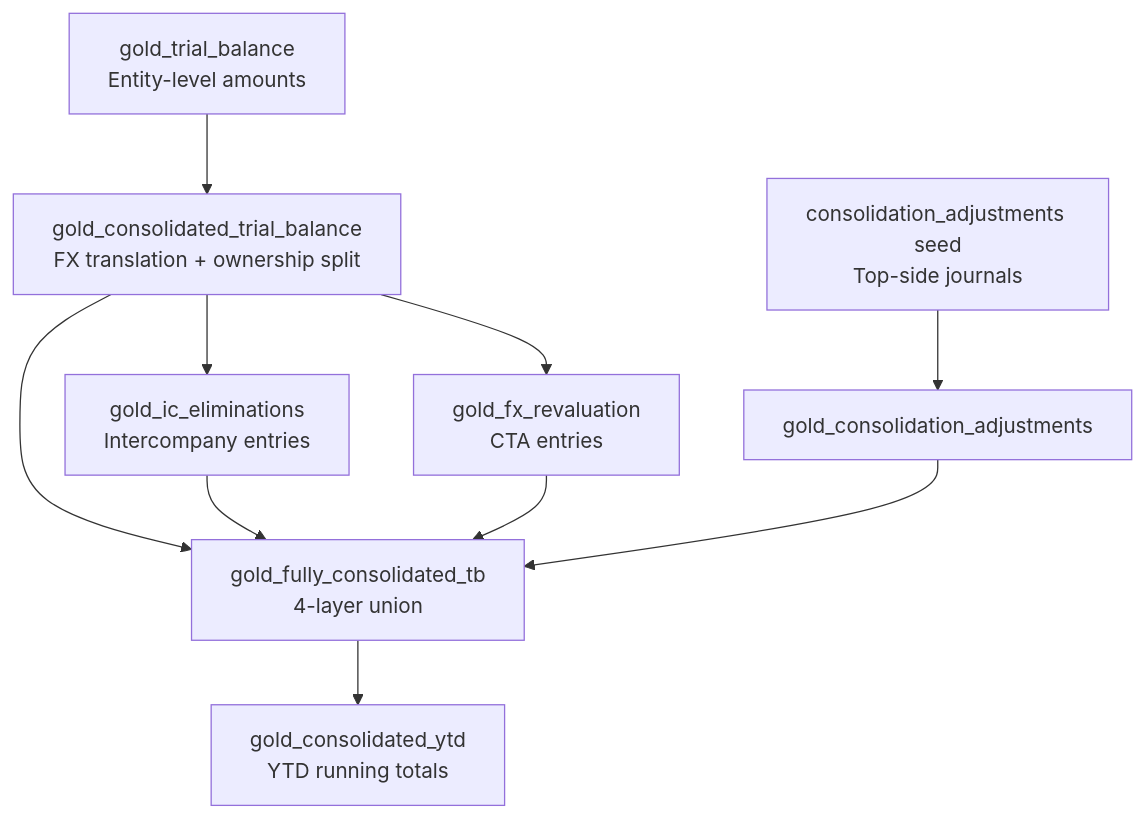
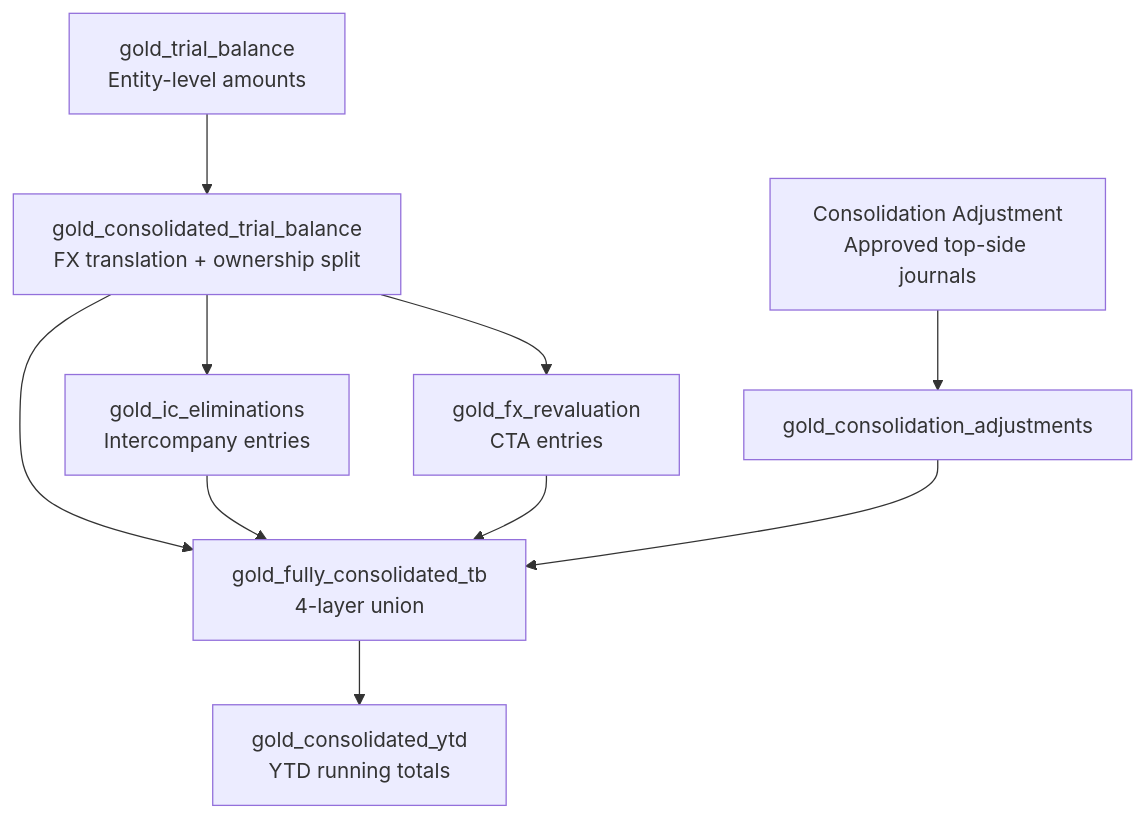
Before and after one commit to grynn-in/konsolidat: the first of 2 diagrams in docs/user-guide/consolidation-guide.md, drawn with Mermaid. The commit also changed other lines of this file and 46 other files, not shown here.

````diff
--- a/docs/user-guide/consolidation-guide.md
+++ b/docs/user-guide/consolidation-guide.md
@@ -7,12 +7,12 @@
 ```mermaid
 graph TD
     TB[gold_trial_balance<br/>Entity-level amounts] --> CTB[gold_consolidated_trial_balance<br/>FX translation + ownership split]
     CTB --> IC[gold_ic_eliminations<br/>Intercompany entries]
     CTB --> FX[gold_fx_revaluation<br/>CTA entries]
-    ADJ[consolidation_adjustments seed<br/>Top-side journals] --> CADJ[gold_consolidation_adjustments]
+    ADJ[Consolidation Adjustment<br/>Approved top-side journals] --> CADJ[gold_consolidation_adjustments]
     CTB --> FCTB[gold_fully_consolidated_tb<br/>4-layer union]
     IC --> FCTB
     FX --> FCTB
     CADJ --> FCTB
     FCTB --> CYTD[gold_consolidated_ytd<br/>YTD running totals]
 ```
````
